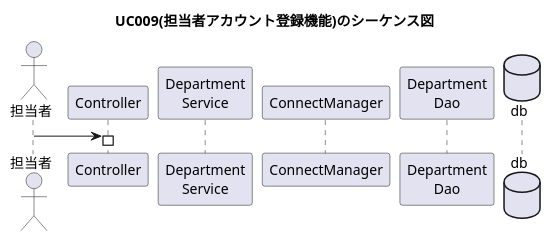
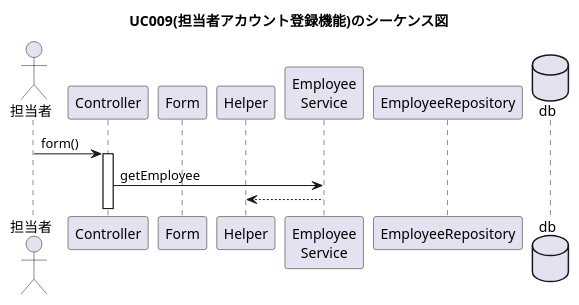
Before and after one commit to kanavii3333/ec-b: the diagram in plan/uml/sequence/uc009.plantuml, drawn with PlantUML. The commit also changed 2 other files, not shown here.

```diff
--- a/plan/uml/sequence/uc009.plantuml
+++ b/plan/uml/sequence/uc009.plantuml
@@ -1,13 +1,15 @@
 @startuml
 
 title UC009(担当者アカウント登録機能)のシーケンス図
 actor "担当者" as user
 participant "Controller" as controller
-participant "Department\nService" as service
-participant "ConnectManager" as manager
-participant "Department\nDao" as dao
+participant "Form" as form
+participant "Helper" as helper
+participant "Employee\nService" as service
+participant "EmployeeRepository" as reposotory
 database "db" as db
-user -> controller++:
-
+user -> controller++:form()
+controller -> service:getEmployee
+service --> helper 
 
 @enduml
```
